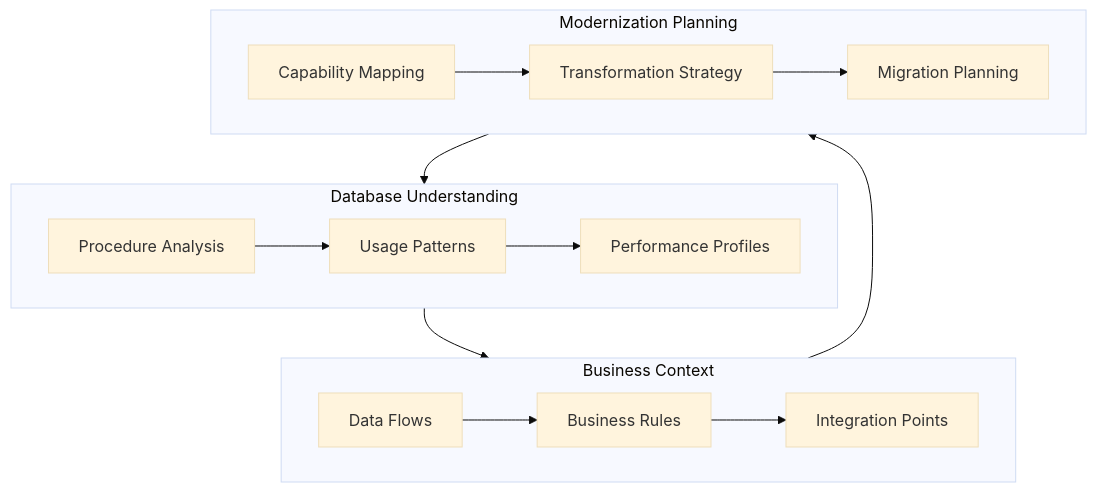
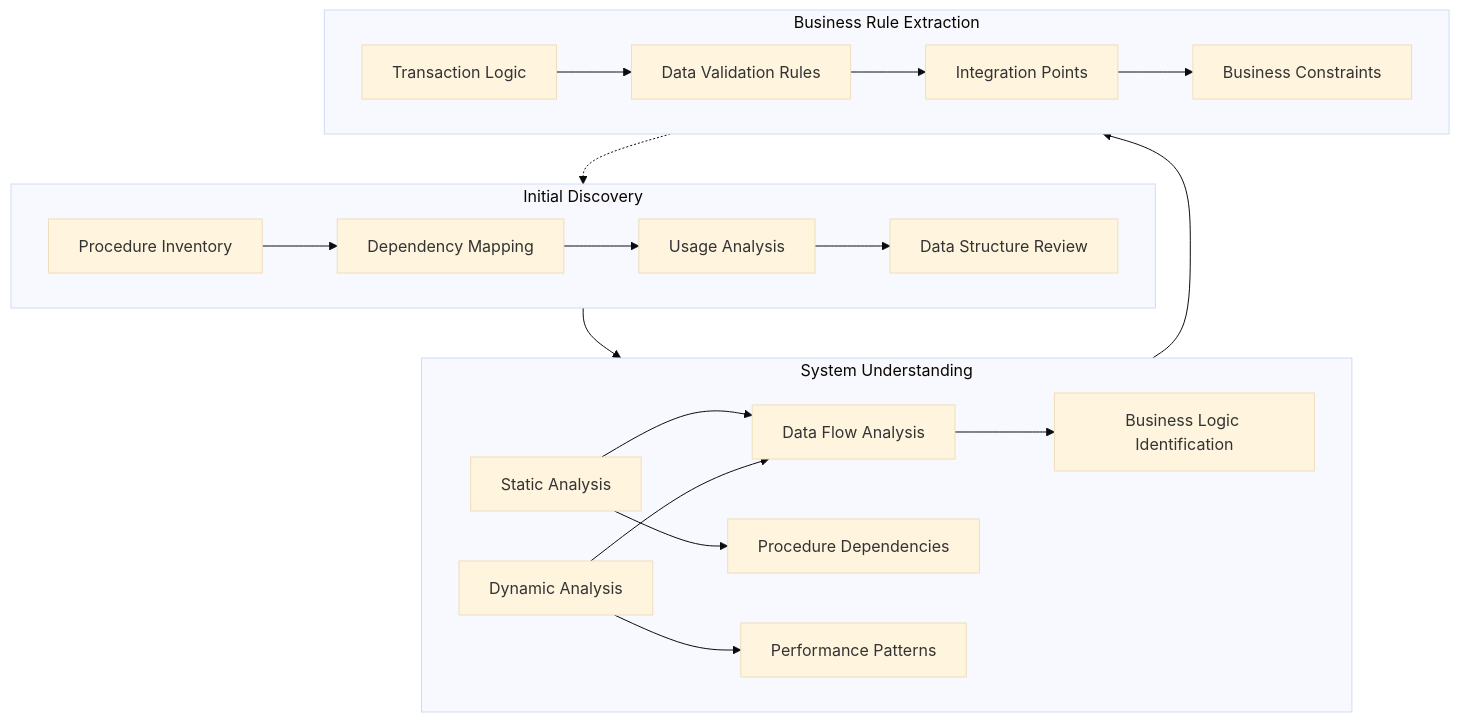
The second of 3 diagrams in LLMs for legacy_code_modernization.md (vinayk94/Dehyping_LLMs), drawn with Mermaid (base theme) before and after one commit. The commit also changed other lines of this file, not shown here.

````diff
--- a/LLMs for legacy_code_modernization.md
+++ b/LLMs for legacy_code_modernization.md
@@ -78,21 +80,26 @@
 ```mermaid
 flowchart TD
-    subgraph Database["Database Understanding"]
-        A[Procedure Analysis] --> B[Usage Patterns]
-        B --> C[Performance Profiles]
+    subgraph Discovery["Initial Discovery"]
+        A[Procedure Inventory] --> B[Dependency Mapping]
+        B --> C[Usage Analysis]
+        C --> D[Data Structure Review]
     end
     
-    subgraph Business["Business Context"]
-        D[Data Flows] --> E[Business Rules]
-        E --> F[Integration Points]
+    subgraph Understanding["System Understanding"]
+        E[Static Analysis] --> F[Data Flow Analysis]
+        G[Dynamic Analysis] --> F
+        F --> H[Business Logic Identification]
+        E --> I[Procedure Dependencies]
+        G --> J[Performance Patterns]
     end
     
-    subgraph Implementation["Modernization Planning"]
-        G[Capability Mapping] --> H[Transformation Strategy]
-        H --> I[Migration Planning]
+    subgraph Extraction["Business Rule Extraction"]
+        K[Transaction Logic] --> L[Data Validation Rules]
+        L --> M[Integration Points]
+        M --> N[Business Constraints]
     end
     
-    Database --> Business
-    Business --> Implementation
-    Implementation --> Database
+    Discovery --> Understanding
+    Understanding --> Extraction
+    Extraction -.-> Discovery
 ```
````
